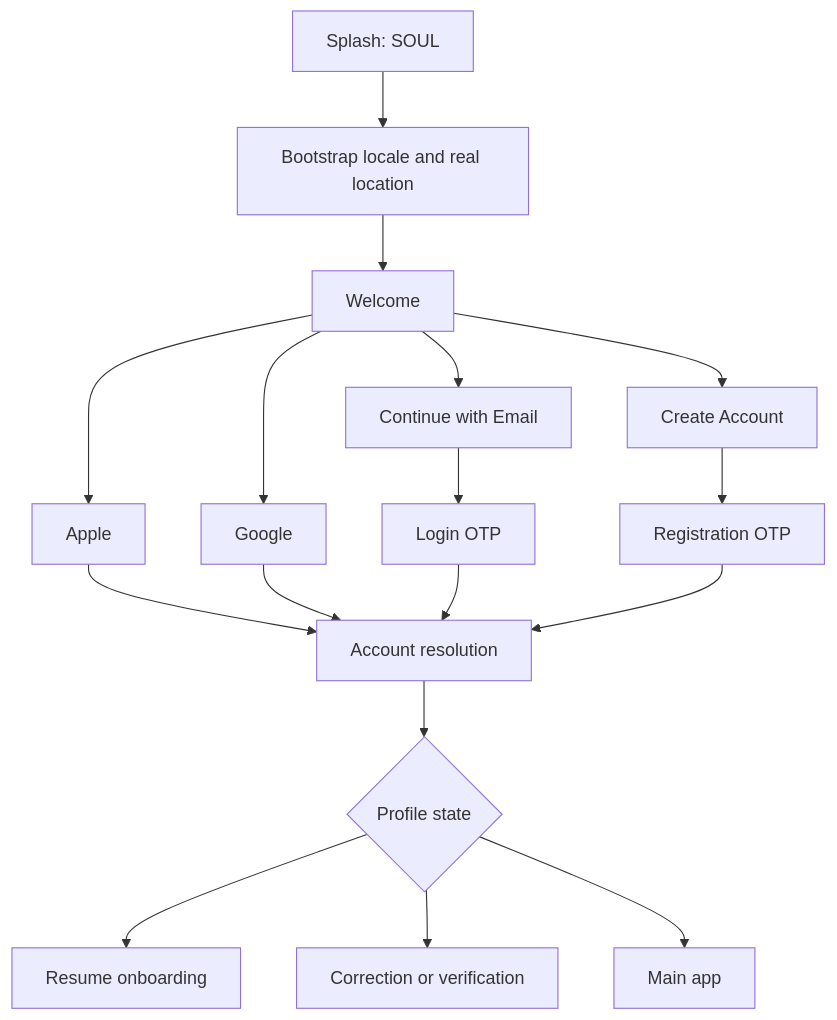
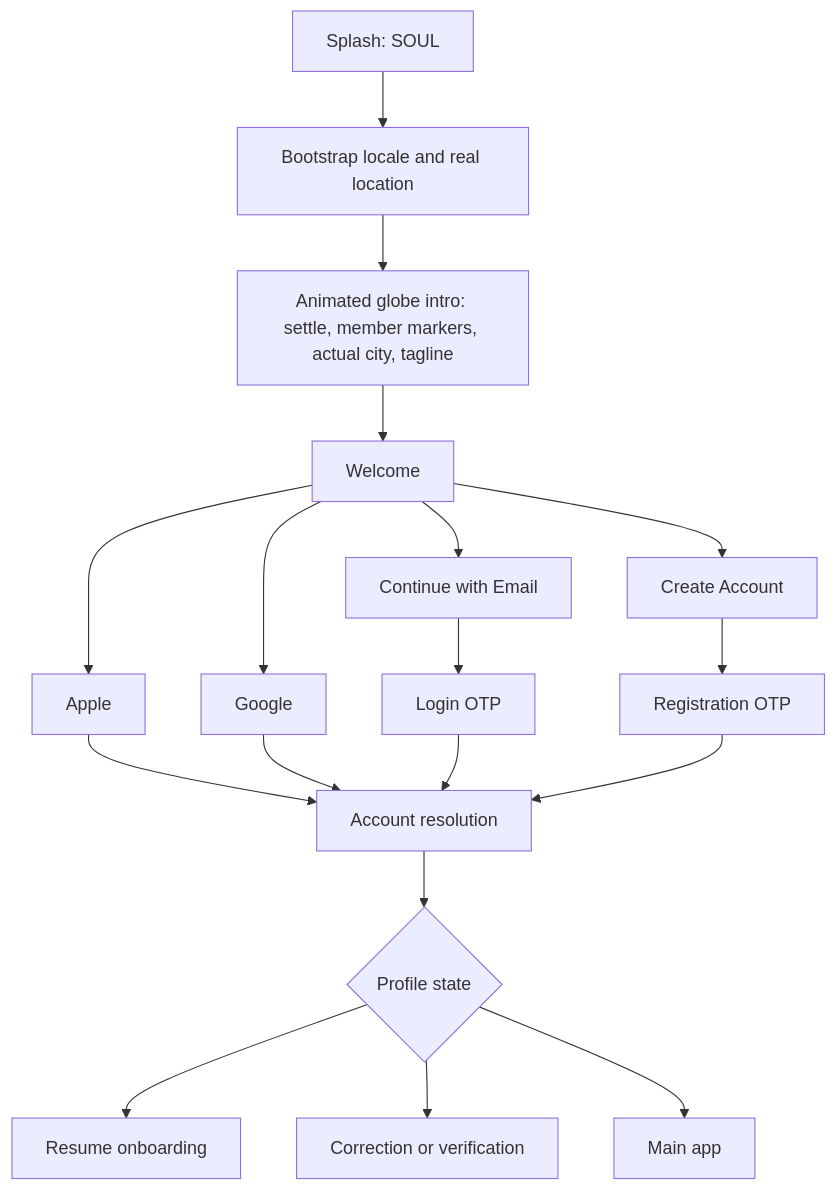
One commit to ahtesham2k01/soul-backend changed the first of 8 diagrams in docs/SOUL_V1_MASTER_DOCUMENTATION.md. Above: the diagram before and after it, drawn with Mermaid. The commit also changed 5 other files, not shown here.

Commit message:
Add premium animated globe launch intro

````diff
--- a/docs/SOUL_V1_MASTER_DOCUMENTATION.md
+++ b/docs/SOUL_V1_MASTER_DOCUMENTATION.md
@@ -905,19 +905,20 @@
 ```mermaid
 flowchart TD
     A[Splash: SOUL] --> B[Bootstrap locale and real location]
-    B --> C[Welcome]
+    B --> B2[Animated globe intro: settle, member markers, actual city, tagline]
+    B2 --> C[Welcome]
     C --> D[Apple]
     C --> E[Google]
     C --> F[Continue with Email]
     C --> G[Create Account]
     D --> H[Account resolution]
     E --> H
     F --> I[Login OTP]
     G --> J[Registration OTP]
     I --> H
     J --> H
     H --> K{Profile state}
     K --> L[Resume onboarding]
     K --> M[Correction or verification]
     K --> N[Main app]
 ```
````
